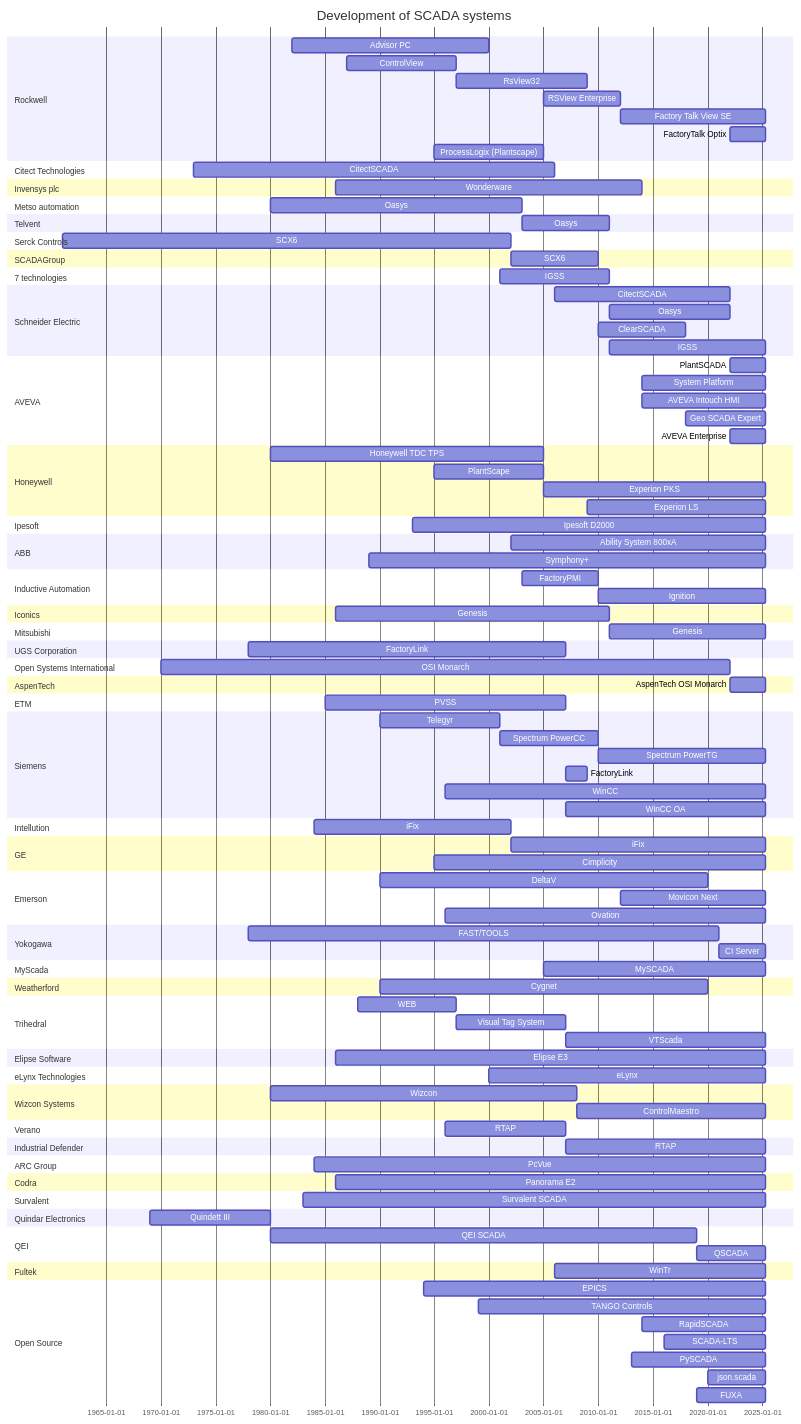
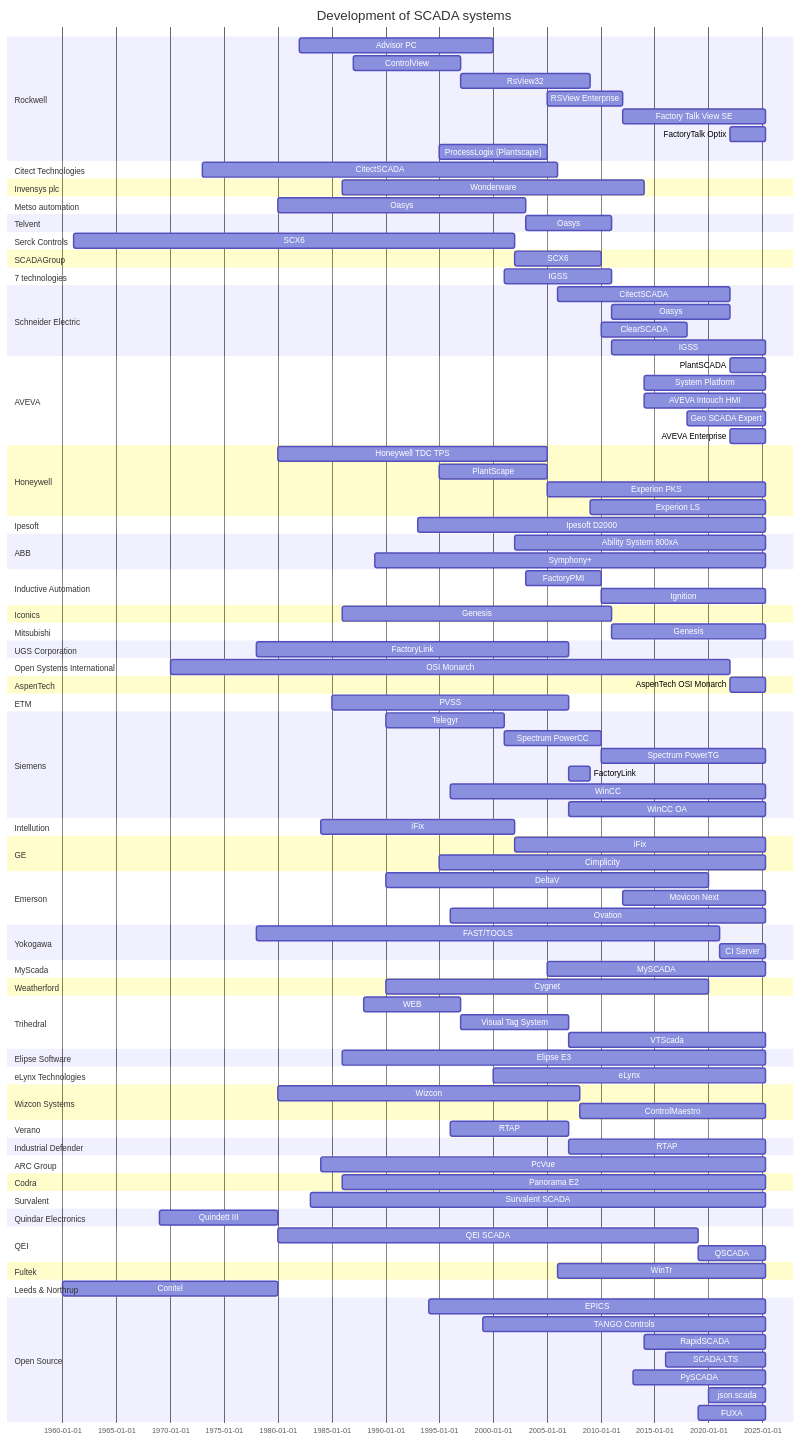
Before and after one commit to hutcheb/scada-timeline: the diagram in README.md, drawn with Mermaid.

```diff
--- a/README.md
+++ b/README.md
@@ -164,6 +164,9 @@
     section Fultek
         %%(https://www.fultek.com.tr/en/about/)
         WinTr : wintr, 2006, until 2025
+    section  Leeds & Northrup
+        %%(Estimates)
+        Conitel : conitel, 1960, 1980
     section Open Source
         %%(https://en.wikipedia.org/wiki/EPICS)
         EPICS : epics, 1994, until 2025
```
